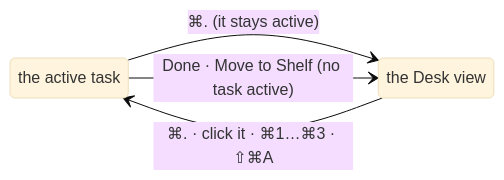
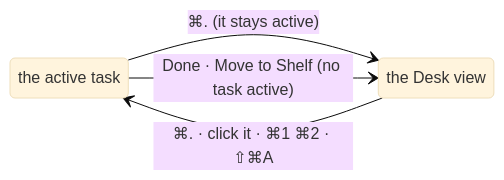
One commit to tampopogk/kanna changed the diagram in docs/specs/desk-view.md. Above: the diagram before and after it, drawn with Mermaid (base theme). The commit also changed other lines of this file and 7 other files, not shown here.

Commit message:
No ⌘3: ⌘1 and ⌘2 cover a full Desk; the Task menu has Desk Task 1 and 2, and ⌘3 does nothing; DeskOrder keys two, desk_shelf checks ⌘3, mockups and specs

````diff
--- a/docs/specs/desk-view.md
+++ b/docs/specs/desk-view.md
@@ -39,9 +39,9 @@
 ```mermaid
 stateDiagram-v2
     direction LR
     TaskView: the active task
     DeskView: the Desk view
     TaskView --> DeskView: ⌘. (it stays active)
-    DeskView --> TaskView: ⌘. · click it · ⌘1…⌘3 · ⇧⌘A
+    DeskView --> TaskView: ⌘. · click it · ⌘1 ⌘2 · ⇧⌘A
     TaskView --> DeskView: Done · Move to Shelf (no task active)
 ```
````
